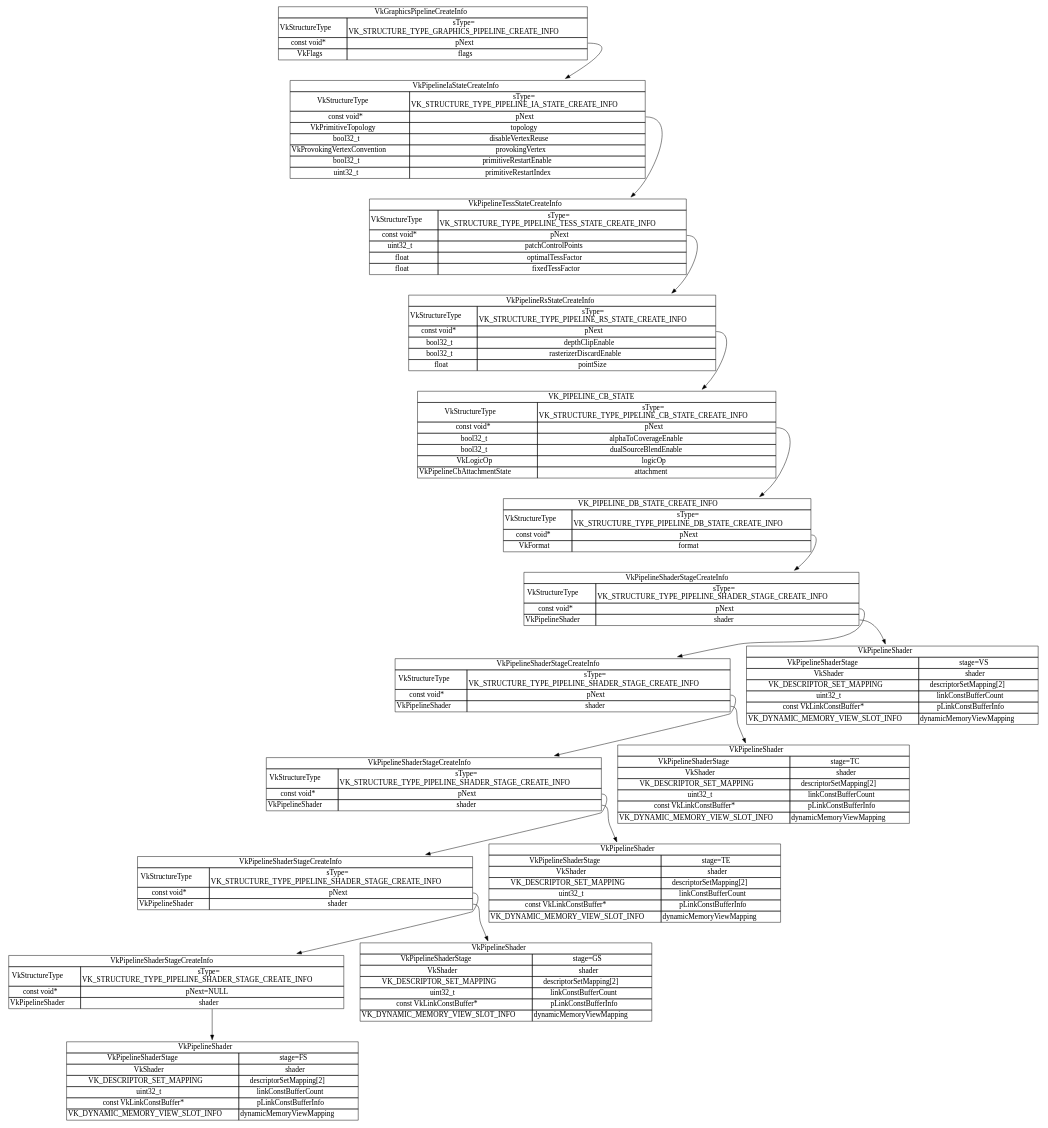
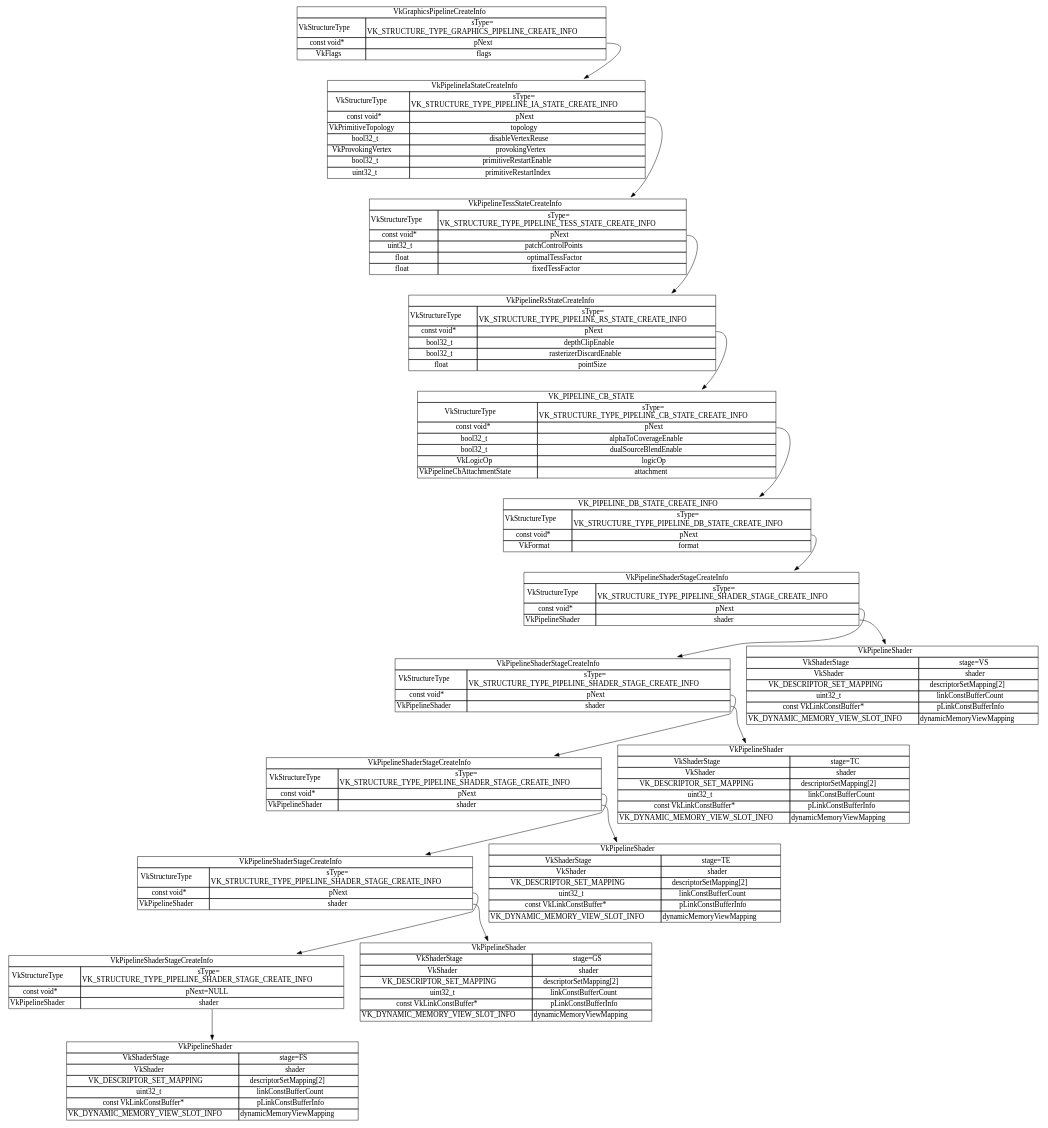
Before and after one commit to LunarG/VulkanSamples: the diagram in docs/vk_graphics_pipeline.dot, drawn with Graphviz. The commit also changed 79 other files, not shown here.

```diff
--- a/docs/vk_graphics_pipeline.dot
+++ b/docs/vk_graphics_pipeline.dot
@@ -1,104 +1,104 @@
 digraph g {
 graph [
 rankdir = "TB"
 ];
 node [
 fontsize = "16"
 shape = "plaintext"
 ];
 edge [
 ];
 "VkGraphicsPipelineCreateInfo_" [
 label = <<TABLE BORDER="0" CELLBORDER="1" CELLSPACING="0"> <TR><TD COLSPAN="2" PORT="f0">VkGraphicsPipelineCreateInfo</TD></TR><TR><TD>VkStructureType</TD><TD>sType=<BR/>VK_STRUCTURE_TYPE_GRAPHICS_PIPELINE_CREATE_INFO</TD></TR><TR><TD>const void*</TD><TD PORT="f2">pNext</TD></TR><TR><TD>VkFlags</TD><TD>flags</TD></TR></TABLE>>
 ];
 "VkPipelineIaStateCreateInfo_" [
-label = <<TABLE BORDER="0" CELLBORDER="1" CELLSPACING="0"> <TR><TD COLSPAN="2" PORT="f0">VkPipelineIaStateCreateInfo</TD></TR><TR><TD>VkStructureType</TD><TD>sType=<BR/>VK_STRUCTURE_TYPE_PIPELINE_IA_STATE_CREATE_INFO</TD></TR><TR><TD>const void*</TD><TD PORT="f2">pNext</TD></TR><TR><TD>VkPrimitiveTopology</TD><TD>topology</TD></TR><TR><TD>bool32_t</TD><TD>disableVertexReuse</TD></TR><TR><TD>VkProvokingVertexConvention</TD><TD>provokingVertex</TD></TR><TR><TD>bool32_t</TD><TD>primitiveRestartEnable</TD></TR><TR><TD>uint32_t</TD><TD>primitiveRestartIndex</TD></TR></TABLE>>
+label = <<TABLE BORDER="0" CELLBORDER="1" CELLSPACING="0"> <TR><TD COLSPAN="2" PORT="f0">VkPipelineIaStateCreateInfo</TD></TR><TR><TD>VkStructureType</TD><TD>sType=<BR/>VK_STRUCTURE_TYPE_PIPELINE_IA_STATE_CREATE_INFO</TD></TR><TR><TD>const void*</TD><TD PORT="f2">pNext</TD></TR><TR><TD>VkPrimitiveTopology</TD><TD>topology</TD></TR><TR><TD>bool32_t</TD><TD>disableVertexReuse</TD></TR><TR><TD>VkProvokingVertex</TD><TD>provokingVertex</TD></TR><TR><TD>bool32_t</TD><TD>primitiveRestartEnable</TD></TR><TR><TD>uint32_t</TD><TD>primitiveRestartIndex</TD></TR></TABLE>>
 ];
 "VkPipelineTessStateCreateInfo_" [
 label = <<TABLE BORDER="0" CELLBORDER="1" CELLSPACING="0"> <TR><TD COLSPAN="2" PORT="f0">VkPipelineTessStateCreateInfo</TD></TR><TR><TD>VkStructureType</TD><TD>sType=<BR/>VK_STRUCTURE_TYPE_PIPELINE_TESS_STATE_CREATE_INFO</TD></TR><TR><TD>const void*</TD><TD PORT="f2">pNext</TD></TR><TR><TD>uint32_t</TD><TD>patchControlPoints</TD></TR> <TR><TD>float</TD><TD>optimalTessFactor</TD></TR><TR><TD>float</TD><TD>fixedTessFactor</TD></TR></TABLE>>
 ];
 "VkPipelineRsStateCreateInfo_" [
 label = <<TABLE BORDER="0" CELLBORDER="1" CELLSPACING="0"> <TR><TD COLSPAN="2" PORT="f0">VkPipelineRsStateCreateInfo</TD></TR><TR><TD>VkStructureType</TD><TD>sType=<BR/>VK_STRUCTURE_TYPE_PIPELINE_RS_STATE_CREATE_INFO</TD></TR> <TR><TD>const void*</TD><TD PORT="f2">pNext</TD></TR> <TR><TD>bool32_t</TD><TD>depthClipEnable</TD></TR> <TR><TD>bool32_t</TD><TD>rasterizerDiscardEnable</TD></TR> <TR><TD>float</TD><TD>pointSize</TD></TR> </TABLE>>
 ];
 "VkPipelineCbStateCreateInfo_" [
 label = <<TABLE BORDER="0" CELLBORDER="1" CELLSPACING="0"> <TR><TD COLSPAN="2" PORT="f0">VK_PIPELINE_CB_STATE</TD></TR><TR><TD>VkStructureType</TD><TD>sType=<BR/>VK_STRUCTURE_TYPE_PIPELINE_CB_STATE_CREATE_INFO</TD></TR> <TR><TD>const void*</TD><TD PORT="f2">pNext</TD></TR> <TR><TD>bool32_t</TD><TD>alphaToCoverageEnable</TD></TR> <TR><TD>bool32_t</TD><TD>dualSourceBlendEnable</TD></TR> <TR><TD>VkLogicOp</TD><TD>logicOp</TD></TR> <TR><TD>VkPipelineCbAttachmentState</TD><TD>attachment</TD></TR> </TABLE>>
 ];
 "_VK_PIPELINE_DB_STATE_CREATE_INFO" [
 label = <<TABLE BORDER="0" CELLBORDER="1" CELLSPACING="0"> <TR><TD COLSPAN="2" PORT="f0">VK_PIPELINE_DB_STATE_CREATE_INFO</TD></TR><TR><TD>VkStructureType</TD><TD>sType=<BR/>VK_STRUCTURE_TYPE_PIPELINE_DB_STATE_CREATE_INFO</TD></TR> <TR><TD>const void*</TD><TD PORT="f2">pNext</TD></TR> <TR><TD>VkFormat</TD><TD>format</TD></TR> </TABLE>>
 ];
 "VS_VK_PIPELINE_SHADER_STAGE_CREATE_INFO" [
 label = <<TABLE BORDER="0" CELLBORDER="1" CELLSPACING="0"> <TR><TD COLSPAN="2" PORT="f0">VkPipelineShaderStageCreateInfo</TD></TR><TR><TD>VkStructureType</TD><TD>sType=<BR/>VK_STRUCTURE_TYPE_PIPELINE_SHADER_STAGE_CREATE_INFO</TD></TR> <TR><TD>const void*</TD><TD PORT="f2">pNext</TD></TR> <TR><TD>VkPipelineShader</TD><TD PORT="f4">shader</TD></TR> </TABLE>>
 ];
 "TC_VK_PIPELINE_SHADER_STAGE_CREATE_INFO" [
 label = <<TABLE BORDER="0" CELLBORDER="1" CELLSPACING="0"> <TR><TD COLSPAN="2" PORT="f0">VkPipelineShaderStageCreateInfo</TD></TR><TR><TD>VkStructureType</TD><TD>sType=<BR/>VK_STRUCTURE_TYPE_PIPELINE_SHADER_STAGE_CREATE_INFO</TD></TR> <TR><TD>const void*</TD><TD PORT="f2">pNext</TD></TR> <TR><TD>VkPipelineShader</TD><TD PORT="f4">shader</TD></TR> </TABLE>>
 ];
 "TE_VK_PIPELINE_SHADER_STAGE_CREATE_INFO" [
 label = <<TABLE BORDER="0" CELLBORDER="1" CELLSPACING="0"> <TR><TD COLSPAN="2" PORT="f0">VkPipelineShaderStageCreateInfo</TD></TR><TR><TD>VkStructureType</TD><TD>sType=<BR/>VK_STRUCTURE_TYPE_PIPELINE_SHADER_STAGE_CREATE_INFO</TD></TR> <TR><TD>const void*</TD><TD PORT="f2">pNext</TD></TR> <TR><TD>VkPipelineShader</TD><TD PORT="f4">shader</TD></TR> </TABLE>>
 ];
 "GS_VK_PIPELINE_SHADER_STAGE_CREATE_INFO" [
 label = <<TABLE BORDER="0" CELLBORDER="1" CELLSPACING="0"> <TR><TD COLSPAN="2" PORT="f0">VkPipelineShaderStageCreateInfo</TD></TR><TR><TD>VkStructureType</TD><TD>sType=<BR/>VK_STRUCTURE_TYPE_PIPELINE_SHADER_STAGE_CREATE_INFO</TD></TR> <TR><TD>const void*</TD><TD PORT="f2">pNext</TD></TR> <TR><TD>VkPipelineShader</TD><TD PORT="f4">shader</TD></TR> </TABLE>>
 ];
 "FS_VK_PIPELINE_SHADER_STAGE_CREATE_INFO" [
 label = <<TABLE BORDER="0" CELLBORDER="1" CELLSPACING="0"> <TR><TD COLSPAN="2" PORT="f0">VkPipelineShaderStageCreateInfo</TD></TR><TR><TD>VkStructureType</TD><TD>sType=<BR/>VK_STRUCTURE_TYPE_PIPELINE_SHADER_STAGE_CREATE_INFO</TD></TR> <TR><TD>const void*</TD><TD PORT="f2">pNext=NULL</TD></TR> <TR><TD>VkPipelineShader</TD><TD PORT="f4">shader</TD></TR> </TABLE>>
 ];
 "VS_VK_PIPELINE_SHADER" [
-label = <<TABLE BORDER="0" CELLBORDER="1" CELLSPACING="0"> <TR><TD COLSPAN="2" PORT="f0">VkPipelineShader</TD></TR><TR><TD PORT="f1">VkPipelineShaderStage</TD><TD PORT="f2">stage=VS</TD></TR><TR><TD PORT="f3">VkShader</TD><TD PORT="f4">shader</TD></TR><TR><TD PORT="f5">VK_DESCRIPTOR_SET_MAPPING</TD><TD PORT="f6">descriptorSetMapping[2]</TD></TR><TR><TD PORT="f7">uint32_t</TD><TD PORT="f8">linkConstBufferCount</TD></TR><TR><TD PORT="f9">const VkLinkConstBuffer*</TD><TD PORT="f10">pLinkConstBufferInfo</TD></TR><TR><TD PORT="f11">VK_DYNAMIC_MEMORY_VIEW_SLOT_INFO</TD><TD PORT="f12">dynamicMemoryViewMapping</TD></TR></TABLE>>
+label = <<TABLE BORDER="0" CELLBORDER="1" CELLSPACING="0"> <TR><TD COLSPAN="2" PORT="f0">VkPipelineShader</TD></TR><TR><TD PORT="f1">VkShaderStage</TD><TD PORT="f2">stage=VS</TD></TR><TR><TD PORT="f3">VkShader</TD><TD PORT="f4">shader</TD></TR><TR><TD PORT="f5">VK_DESCRIPTOR_SET_MAPPING</TD><TD PORT="f6">descriptorSetMapping[2]</TD></TR><TR><TD PORT="f7">uint32_t</TD><TD PORT="f8">linkConstBufferCount</TD></TR><TR><TD PORT="f9">const VkLinkConstBuffer*</TD><TD PORT="f10">pLinkConstBufferInfo</TD></TR><TR><TD PORT="f11">VK_DYNAMIC_MEMORY_VIEW_SLOT_INFO</TD><TD PORT="f12">dynamicMemoryViewMapping</TD></TR></TABLE>>
 ];
 "TC_VK_PIPELINE_SHADER" [
-label = <<TABLE BORDER="0" CELLBORDER="1" CELLSPACING="0"> <TR><TD COLSPAN="2" PORT="f0">VkPipelineShader</TD></TR><TR><TD PORT="f1">VkPipelineShaderStage</TD><TD PORT="f2">stage=TC</TD></TR><TR><TD PORT="f3">VkShader</TD><TD PORT="f4">shader</TD></TR><TR><TD PORT="f5">VK_DESCRIPTOR_SET_MAPPING</TD><TD PORT="f6">descriptorSetMapping[2]</TD></TR><TR><TD PORT="f7">uint32_t</TD><TD PORT="f8">linkConstBufferCount</TD></TR><TR><TD PORT="f9">const VkLinkConstBuffer*</TD><TD PORT="f10">pLinkConstBufferInfo</TD></TR><TR><TD PORT="f11">VK_DYNAMIC_MEMORY_VIEW_SLOT_INFO</TD><TD PORT="f12">dynamicMemoryViewMapping</TD></TR></TABLE>>
+label = <<TABLE BORDER="0" CELLBORDER="1" CELLSPACING="0"> <TR><TD COLSPAN="2" PORT="f0">VkPipelineShader</TD></TR><TR><TD PORT="f1">VkShaderStage</TD><TD PORT="f2">stage=TC</TD></TR><TR><TD PORT="f3">VkShader</TD><TD PORT="f4">shader</TD></TR><TR><TD PORT="f5">VK_DESCRIPTOR_SET_MAPPING</TD><TD PORT="f6">descriptorSetMapping[2]</TD></TR><TR><TD PORT="f7">uint32_t</TD><TD PORT="f8">linkConstBufferCount</TD></TR><TR><TD PORT="f9">const VkLinkConstBuffer*</TD><TD PORT="f10">pLinkConstBufferInfo</TD></TR><TR><TD PORT="f11">VK_DYNAMIC_MEMORY_VIEW_SLOT_INFO</TD><TD PORT="f12">dynamicMemoryViewMapping</TD></TR></TABLE>>
 ];
 "TE_VK_PIPELINE_SHADER" [
-label = <<TABLE BORDER="0" CELLBORDER="1" CELLSPACING="0"> <TR><TD COLSPAN="2" PORT="f0">VkPipelineShader</TD></TR><TR><TD PORT="f1">VkPipelineShaderStage</TD><TD PORT="f2">stage=TE</TD></TR><TR><TD PORT="f3">VkShader</TD><TD PORT="f4">shader</TD></TR><TR><TD PORT="f5">VK_DESCRIPTOR_SET_MAPPING</TD><TD PORT="f6">descriptorSetMapping[2]</TD></TR><TR><TD PORT="f7">uint32_t</TD><TD PORT="f8">linkConstBufferCount</TD></TR><TR><TD PORT="f9">const VkLinkConstBuffer*</TD><TD PORT="f10">pLinkConstBufferInfo</TD></TR><TR><TD PORT="f11">VK_DYNAMIC_MEMORY_VIEW_SLOT_INFO</TD><TD PORT="f12">dynamicMemoryViewMapping</TD></TR></TABLE>>
+label = <<TABLE BORDER="0" CELLBORDER="1" CELLSPACING="0"> <TR><TD COLSPAN="2" PORT="f0">VkPipelineShader</TD></TR><TR><TD PORT="f1">VkShaderStage</TD><TD PORT="f2">stage=TE</TD></TR><TR><TD PORT="f3">VkShader</TD><TD PORT="f4">shader</TD></TR><TR><TD PORT="f5">VK_DESCRIPTOR_SET_MAPPING</TD><TD PORT="f6">descriptorSetMapping[2]</TD></TR><TR><TD PORT="f7">uint32_t</TD><TD PORT="f8">linkConstBufferCount</TD></TR><TR><TD PORT="f9">const VkLinkConstBuffer*</TD><TD PORT="f10">pLinkConstBufferInfo</TD></TR><TR><TD PORT="f11">VK_DYNAMIC_MEMORY_VIEW_SLOT_INFO</TD><TD PORT="f12">dynamicMemoryViewMapping</TD></TR></TABLE>>
 ];
 "GS_VK_PIPELINE_SHADER" [
-label = <<TABLE BORDER="0" CELLBORDER="1" CELLSPACING="0"> <TR><TD COLSPAN="2" PORT="f0">VkPipelineShader</TD></TR><TR><TD PORT="f1">VkPipelineShaderStage</TD><TD PORT="f2">stage=GS</TD></TR><TR><TD PORT="f3">VkShader</TD><TD PORT="f4">shader</TD></TR><TR><TD PORT="f5">VK_DESCRIPTOR_SET_MAPPING</TD><TD PORT="f6">descriptorSetMapping[2]</TD></TR><TR><TD PORT="f7">uint32_t</TD><TD PORT="f8">linkConstBufferCount</TD></TR><TR><TD PORT="f9">const VkLinkConstBuffer*</TD><TD PORT="f10">pLinkConstBufferInfo</TD></TR><TR><TD PORT="f11">VK_DYNAMIC_MEMORY_VIEW_SLOT_INFO</TD><TD PORT="f12">dynamicMemoryViewMapping</TD></TR></TABLE>>
+label = <<TABLE BORDER="0" CELLBORDER="1" CELLSPACING="0"> <TR><TD COLSPAN="2" PORT="f0">VkPipelineShader</TD></TR><TR><TD PORT="f1">VkShaderStage</TD><TD PORT="f2">stage=GS</TD></TR><TR><TD PORT="f3">VkShader</TD><TD PORT="f4">shader</TD></TR><TR><TD PORT="f5">VK_DESCRIPTOR_SET_MAPPING</TD><TD PORT="f6">descriptorSetMapping[2]</TD></TR><TR><TD PORT="f7">uint32_t</TD><TD PORT="f8">linkConstBufferCount</TD></TR><TR><TD PORT="f9">const VkLinkConstBuffer*</TD><TD PORT="f10">pLinkConstBufferInfo</TD></TR><TR><TD PORT="f11">VK_DYNAMIC_MEMORY_VIEW_SLOT_INFO</TD><TD PORT="f12">dynamicMemoryViewMapping</TD></TR></TABLE>>
 ];
 "FS_VK_PIPELINE_SHADER" [
-label = <<TABLE BORDER="0" CELLBORDER="1" CELLSPACING="0"> <TR><TD COLSPAN="2" PORT="f0">VkPipelineShader</TD></TR><TR><TD PORT="f1">VkPipelineShaderStage</TD><TD PORT="f2">stage=FS</TD></TR><TR><TD PORT="f3">VkShader</TD><TD PORT="f4">shader</TD></TR><TR><TD PORT="f5">VK_DESCRIPTOR_SET_MAPPING</TD><TD PORT="f6">descriptorSetMapping[2]</TD></TR><TR><TD PORT="f7">uint32_t</TD><TD PORT="f8">linkConstBufferCount</TD></TR><TR><TD PORT="f9">const VkLinkConstBuffer*</TD><TD PORT="f10">pLinkConstBufferInfo</TD></TR><TR><TD PORT="f11">VK_DYNAMIC_MEMORY_VIEW_SLOT_INFO</TD><TD PORT="f12">dynamicMemoryViewMapping</TD></TR></TABLE>>
+label = <<TABLE BORDER="0" CELLBORDER="1" CELLSPACING="0"> <TR><TD COLSPAN="2" PORT="f0">VkPipelineShader</TD></TR><TR><TD PORT="f1">VkShaderStage</TD><TD PORT="f2">stage=FS</TD></TR><TR><TD PORT="f3">VkShader</TD><TD PORT="f4">shader</TD></TR><TR><TD PORT="f5">VK_DESCRIPTOR_SET_MAPPING</TD><TD PORT="f6">descriptorSetMapping[2]</TD></TR><TR><TD PORT="f7">uint32_t</TD><TD PORT="f8">linkConstBufferCount</TD></TR><TR><TD PORT="f9">const VkLinkConstBuffer*</TD><TD PORT="f10">pLinkConstBufferInfo</TD></TR><TR><TD PORT="f11">VK_DYNAMIC_MEMORY_VIEW_SLOT_INFO</TD><TD PORT="f12">dynamicMemoryViewMapping</TD></TR></TABLE>>
 ];
 "VkGraphicsPipelineCreateInfo_":f2 -> "VkPipelineIaStateCreateInfo_" [
 id = 0
 ];
 "VkPipelineIaStateCreateInfo_":f2 -> "VkPipelineTessStateCreateInfo_" [
 id = 1
 ];
 "VkPipelineTessStateCreateInfo_":f2 -> "VkPipelineRsStateCreateInfo_" [
 id = 2
 ];
 "VkPipelineRsStateCreateInfo_":f2 -> "VkPipelineCbStateCreateInfo_" [
 id = 3
 ];
 "VkPipelineCbStateCreateInfo_":f2 -> "_VK_PIPELINE_DB_STATE_CREATE_INFO" [
 id = 4
 ];
 "_VK_PIPELINE_DB_STATE_CREATE_INFO":f2 -> "VS_VK_PIPELINE_SHADER_STAGE_CREATE_INFO" [
 id = 5
 ];
 "VS_VK_PIPELINE_SHADER_STAGE_CREATE_INFO":f2 -> "TC_VK_PIPELINE_SHADER_STAGE_CREATE_INFO" [
 id = 6
 ];
 "TC_VK_PIPELINE_SHADER_STAGE_CREATE_INFO":f2 -> "TE_VK_PIPELINE_SHADER_STAGE_CREATE_INFO" [
 id = 7
 ];
 "TE_VK_PIPELINE_SHADER_STAGE_CREATE_INFO":f2 -> "GS_VK_PIPELINE_SHADER_STAGE_CREATE_INFO" [
 id = 8
 ];
 "GS_VK_PIPELINE_SHADER_STAGE_CREATE_INFO":f2 -> "FS_VK_PIPELINE_SHADER_STAGE_CREATE_INFO" [
 id = 9
 ];
 "VS_VK_PIPELINE_SHADER_STAGE_CREATE_INFO":f4 -> "VS_VK_PIPELINE_SHADER" [
 id = 10
 ];
 "TE_VK_PIPELINE_SHADER_STAGE_CREATE_INFO":f4 -> "TE_VK_PIPELINE_SHADER" [
 id = 11
 ];
 "TC_VK_PIPELINE_SHADER_STAGE_CREATE_INFO":f4 -> "TC_VK_PIPELINE_SHADER" [
 id = 12
 ];
 "GS_VK_PIPELINE_SHADER_STAGE_CREATE_INFO":f4 -> "GS_VK_PIPELINE_SHADER" [
 id = 13
 ];
 "FS_VK_PIPELINE_SHADER_STAGE_CREATE_INFO":f4 -> "FS_VK_PIPELINE_SHADER" [
 id = 14
 ];
 }
```
